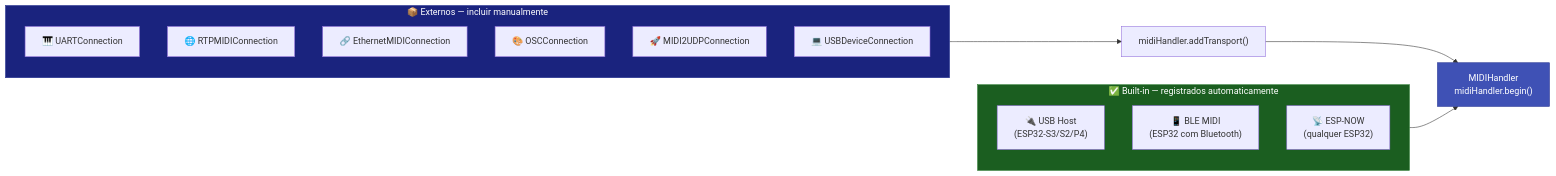
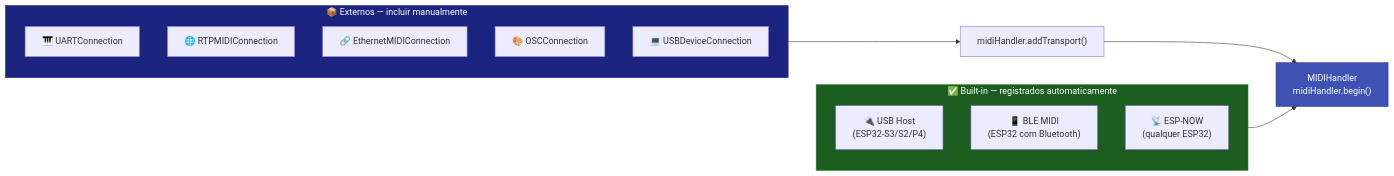
One commit to sauloverissimo/ESP32_Host_MIDI changed the first of 2 diagrams in docs/transportes/visao-geral.md. Above: the diagram before and after it, drawn with Mermaid. The commit also changed other lines of this file and 20 other files, not shown here.

````diff
--- a/docs/transportes/visao-geral.md
+++ b/docs/transportes/visao-geral.md
@@ -25,25 +24,24 @@
 ```mermaid
 graph LR
     subgraph BUILTIN["✅ Built-in — registrados automaticamente"]
         USB["🔌 USB Host\n(ESP32-S3/S2/P4)"]
         BLE["📱 BLE MIDI\n(ESP32 com Bluetooth)"]
         ESPNOW["📡 ESP-NOW\n(qualquer ESP32)"]
     end
 
     subgraph EXTERNAL["📦 Externos — incluir manualmente"]
         UART["🎹 UARTConnection"]
         RTP["🌐 RTPMIDIConnection"]
         ETH["🔗 EthernetMIDIConnection"]
         OSC["🎨 OSCConnection"]
-        MIDI2["🚀 MIDI2UDPConnection"]
         USBDEV["💻 USBDeviceConnection"]
     end
 
     BUILTIN --> HANDLER["MIDIHandler\nmidiHandler.begin()"]
     EXTERNAL --> ADD["midiHandler.addTransport()"]
     ADD --> HANDLER
 
     style BUILTIN fill:#1B5E20,color:#fff,stroke:#2E7D32
     style EXTERNAL fill:#1A237E,color:#fff,stroke:#283593
     style HANDLER fill:#3F51B5,color:#fff,stroke:#283593
 ```
````
